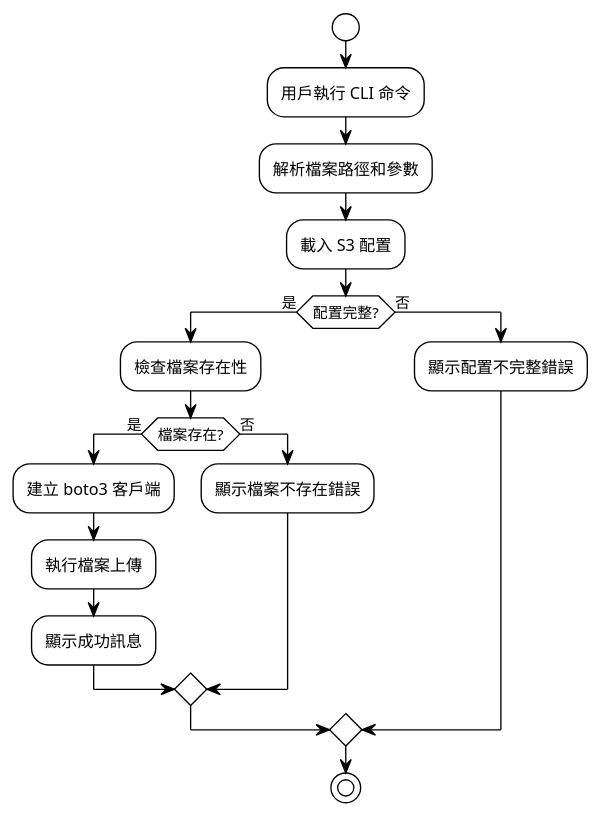
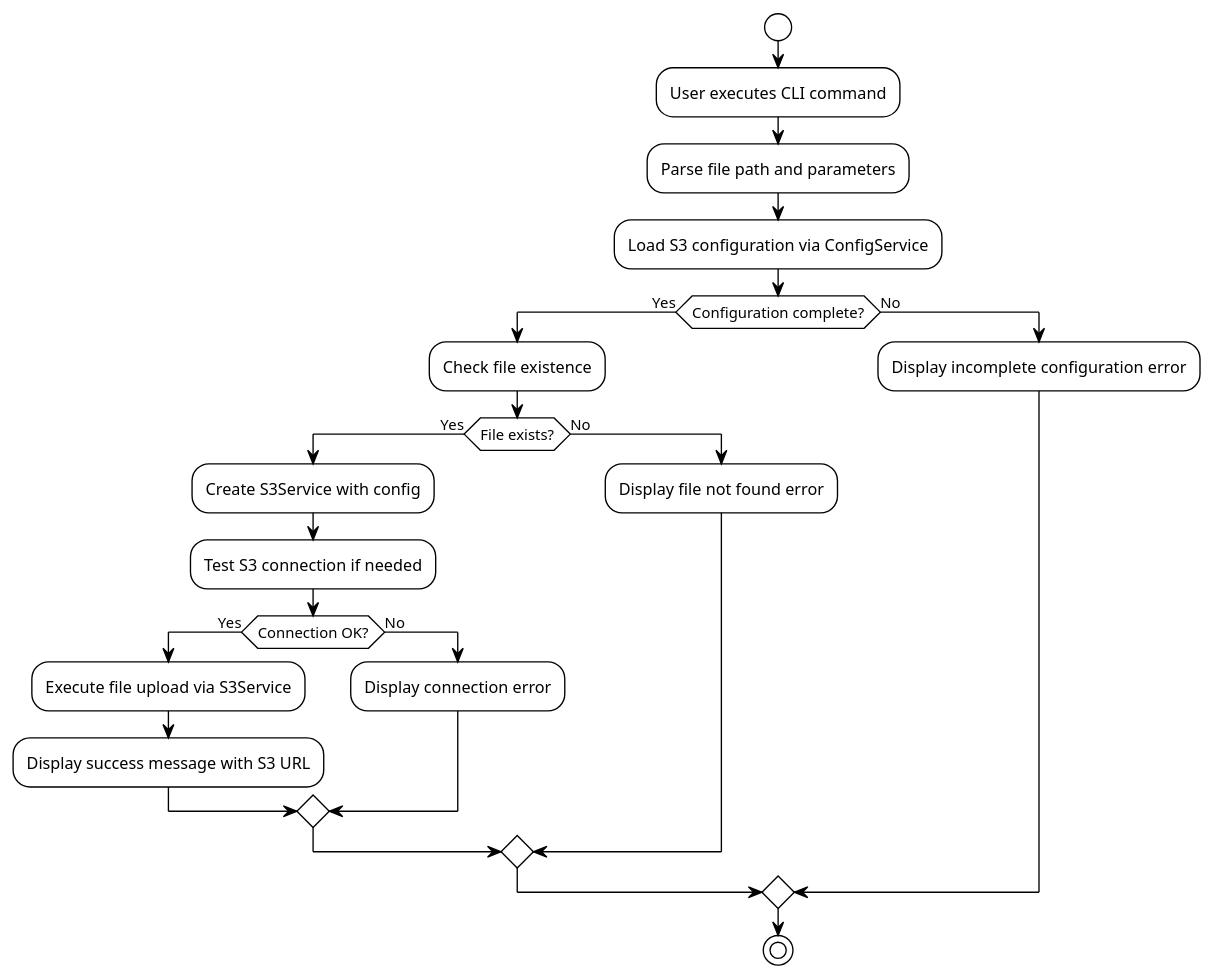
The first of 3 diagrams in .prompt/02.Issue/02.AddSimpleFileUpload/01.BasicDesign/01.ProcessFlow.md (FATESAIKOU/CloudStorageSyncer), drawn with PlantUML before and after one commit. The commit also changed other lines of this file and 19 other files, not shown here.

````diff
--- a/.prompt/02.Issue/02.AddSimpleFileUpload/01.BasicDesign/01.ProcessFlow.md
+++ b/.prompt/02.Issue/02.AddSimpleFileUpload/01.BasicDesign/01.ProcessFlow.md
@@ -5,25 +5,30 @@
 ```plantuml
 @startuml
 !theme plain
 
 start
-:用戶執行 CLI 命令;
-:解析檔案路徑和參數;
-:載入 S3 配置;
+:User executes CLI command;
+:Parse file path and parameters;
+:Load S3 configuration via ConfigService;
 
-if (配置完整?) then (是)
-  :檢查檔案存在性;
-  if (檔案存在?) then (是)
-    :建立 boto3 客戶端;
-    :執行檔案上傳;
-    :顯示成功訊息;
-  else (否)
-    :顯示檔案不存在錯誤;
+if (Configuration complete?) then (Yes)
+  :Check file existence;
+  if (File exists?) then (Yes)
+    :Create S3Service with config;
+    :Test S3 connection if needed;
+    if (Connection OK?) then (Yes)
+      :Execute file upload via S3Service;
+      :Display success message with S3 URL;
+    else (No)
+      :Display connection error;
+    endif
+  else (No)
+    :Display file not found error;
   endif
-else (否)
-  :顯示配置不完整錯誤;
+else (No)
+  :Display incomplete configuration error;
 endif
 
 stop
 @enduml
 ```
````
